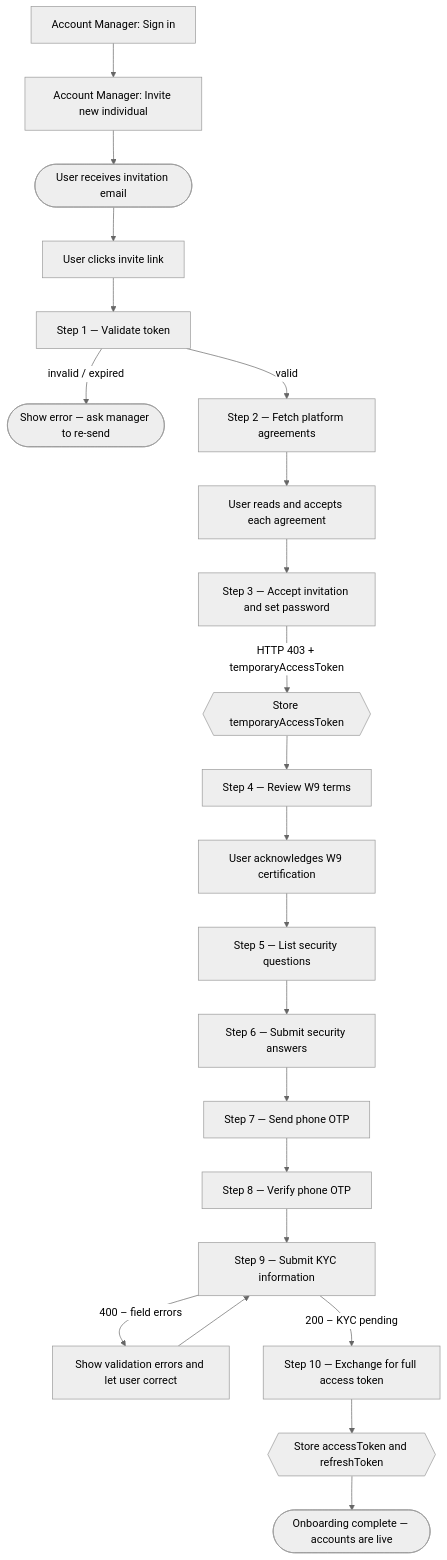
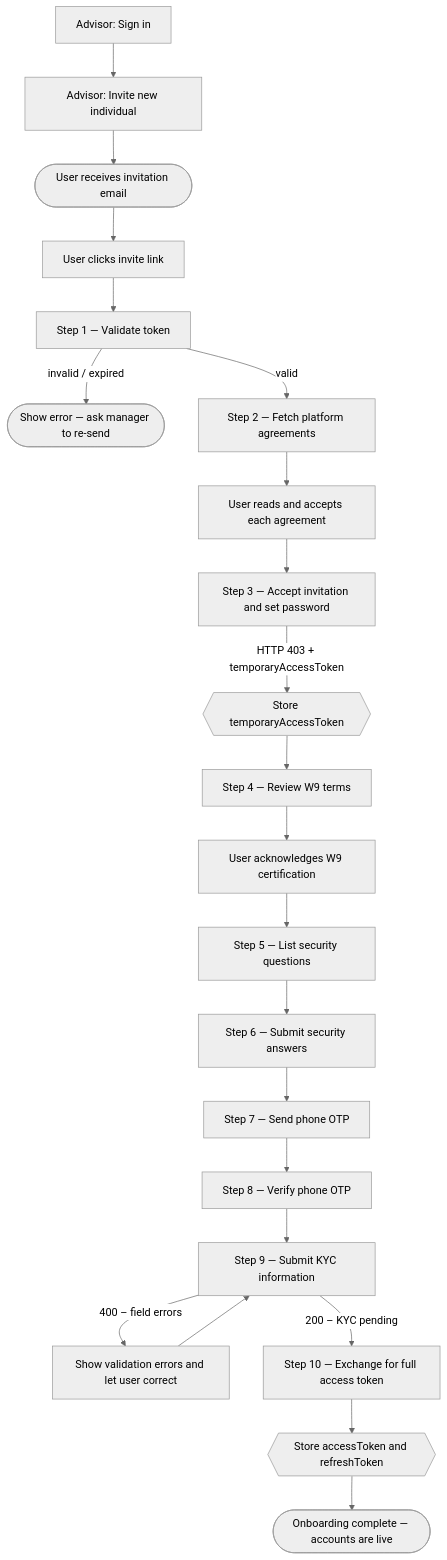
One commit to skhan-cpu/readme-paid changed the diagram in docs/Getting Started/individual-account/index.md. Above: the diagram before and after it, drawn with Mermaid (neutral theme). The commit also changed other lines of this file and 27 other files, not shown here.

````diff
--- a/docs/Getting Started/individual-account/index.md
+++ b/docs/Getting Started/individual-account/index.md
@@ -28,34 +28,34 @@
 ```mermaid
 flowchart TD
-    AM0[Account Manager: Sign in]
-    AM0 --> AM1[Account Manager: Invite new individual]
+    AM0[Advisor: Sign in]
+    AM0 --> AM1[Advisor: Invite new individual]
     AM1 --> A([User receives invitation email])
 
     A --> B[User clicks invite link]
 
     B --> C[Step 1 — Validate token]
     C -->|invalid / expired| ERR1([Show error — ask manager to re-send])
     C -->|valid| D[Step 2 — Fetch platform agreements]
 
     D --> E[User reads and accepts each agreement]
     E --> F[Step 3 — Accept invitation and set password]
 
     F -->|HTTP 403 + temporaryAccessToken| G{{Store temporaryAccessToken}}
 
     G --> H[Step 4 — Review W9 terms]
     H --> I[User acknowledges W9 certification]
 
     I --> J[Step 5 — List security questions]
     J --> K[Step 6 — Submit security answers]
 
     K --> L[Step 7 — Send phone OTP]
     L --> M[Step 8 — Verify phone OTP]
 
     M --> N[Step 9 — Submit KYC information]
     N -->|400 – field errors| ERR2[Show validation errors and let user correct]
     ERR2 --> N
 
     N -->|200 – KYC pending| O[Step 10 — Exchange for full access token]
     O --> P{{Store accessToken and refreshToken}}
     P --> Q([Onboarding complete — accounts are live])
 ```
````
